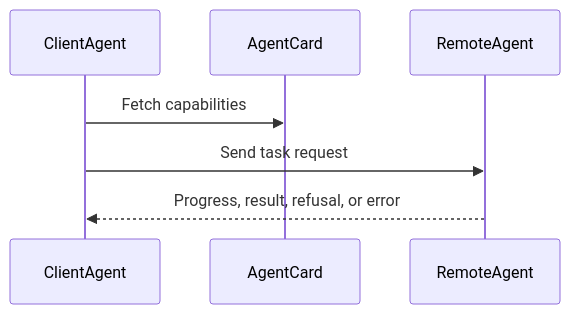
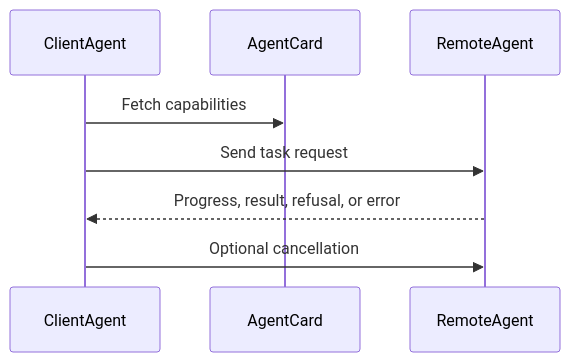
The diagram in book/docs/tools-skills-protocols/a2a-agent-interoperability.md (GTuritto/Agentic-Systems-Patterns), drawn with Mermaid before and after one commit. The commit also changed other lines of this file and 40 other files, not shown here.

````diff
--- a/book/docs/tools-skills-protocols/a2a-agent-interoperability.md
+++ b/book/docs/tools-skills-protocols/a2a-agent-interoperability.md
@@ -11,9 +32,10 @@
 ```mermaid
 sequenceDiagram
   participant ClientAgent
   participant AgentCard
   participant RemoteAgent
   ClientAgent->>AgentCard: Fetch capabilities
   ClientAgent->>RemoteAgent: Send task request
   RemoteAgent-->>ClientAgent: Progress, result, refusal, or error
+  ClientAgent->>RemoteAgent: Optional cancellation
 ```
````
